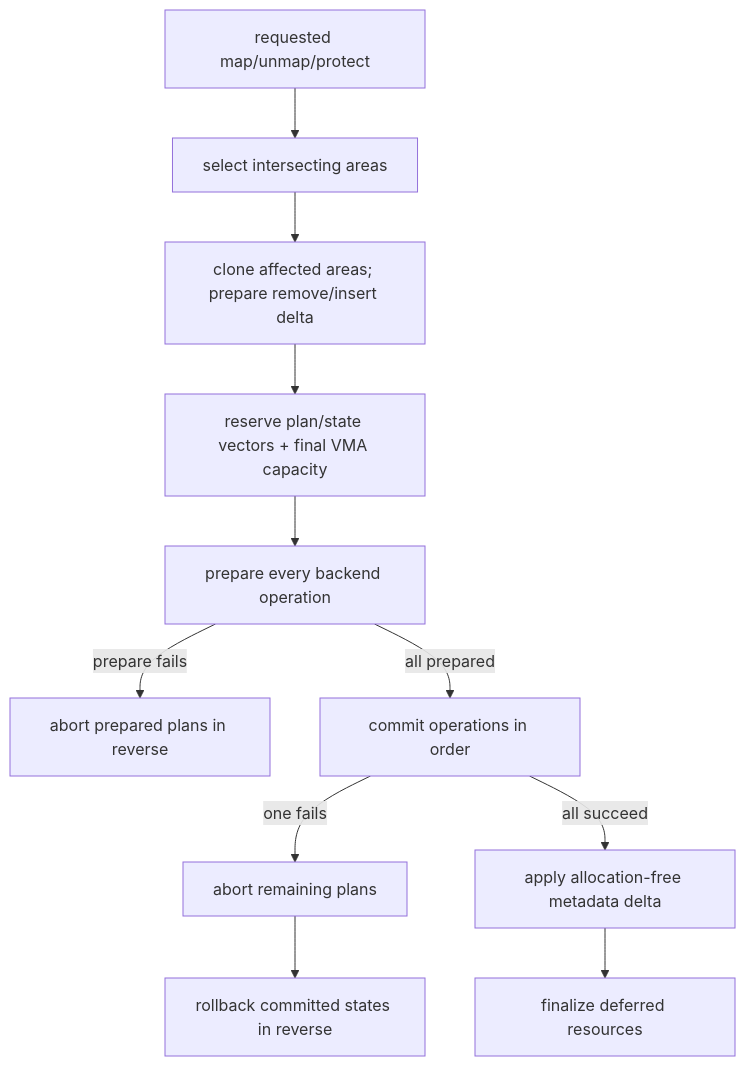
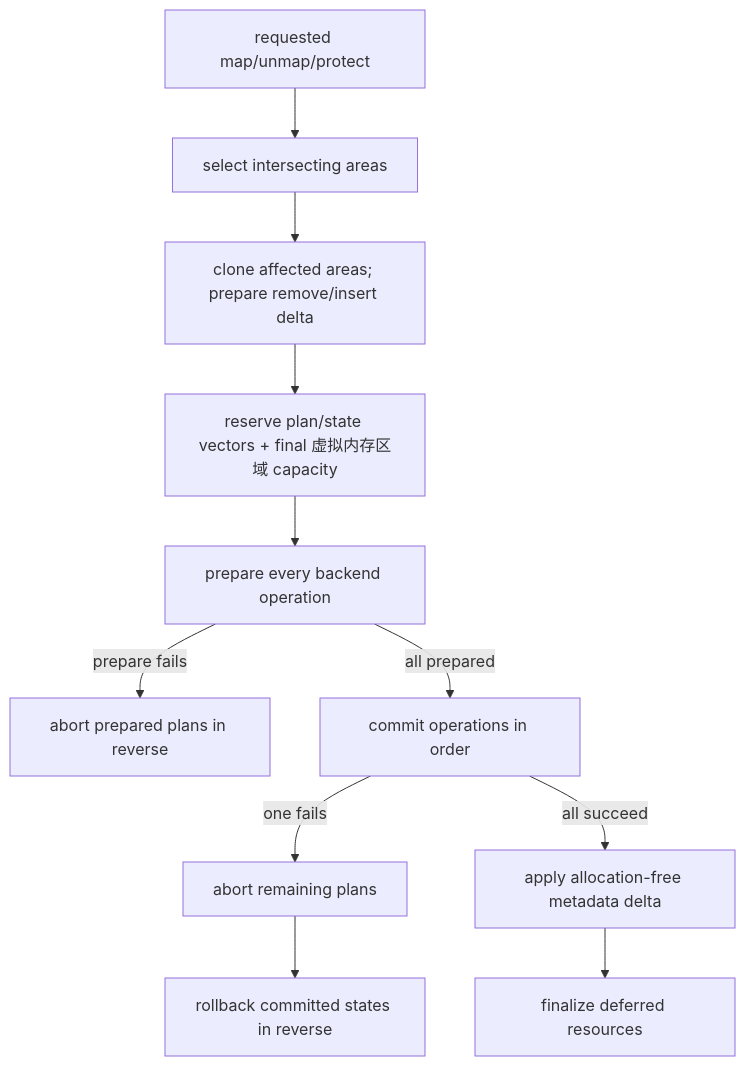
One commit to rcore-os/tgoskits changed the first of 2 diagrams in docs/docs/architecture/memory/address-space.md. Above: the diagram before and after it, drawn with Mermaid. The commit also changed other lines of this file and 12 other files, not shown here.

````diff
--- a/docs/docs/architecture/memory/address-space.md
+++ b/docs/docs/architecture/memory/address-space.md
@@ -93,13 +93,13 @@
 ```mermaid
 flowchart TB
     Input["requested map/unmap/protect"] --> Select["select intersecting areas"]
     Select --> PlanMeta["clone affected areas; prepare remove/insert delta"]
-    PlanMeta --> Reserve["reserve plan/state vectors + final VMA capacity"]
+    PlanMeta --> Reserve["reserve plan/state vectors + final 虚拟内存区域 capacity"]
     Reserve --> Prepare["prepare every backend operation"]
     Prepare -->|"prepare fails"| Abort["abort prepared plans in reverse"]
     Prepare -->|"all prepared"| Commit["commit operations in order"]
     Commit -->|"one fails"| AbortRest["abort remaining plans"]
     AbortRest --> Rollback["rollback committed states in reverse"]
     Commit -->|"all succeed"| Publish["apply allocation-free metadata delta"]
     Publish --> Finalize["finalize deferred resources"]
 ```
````
